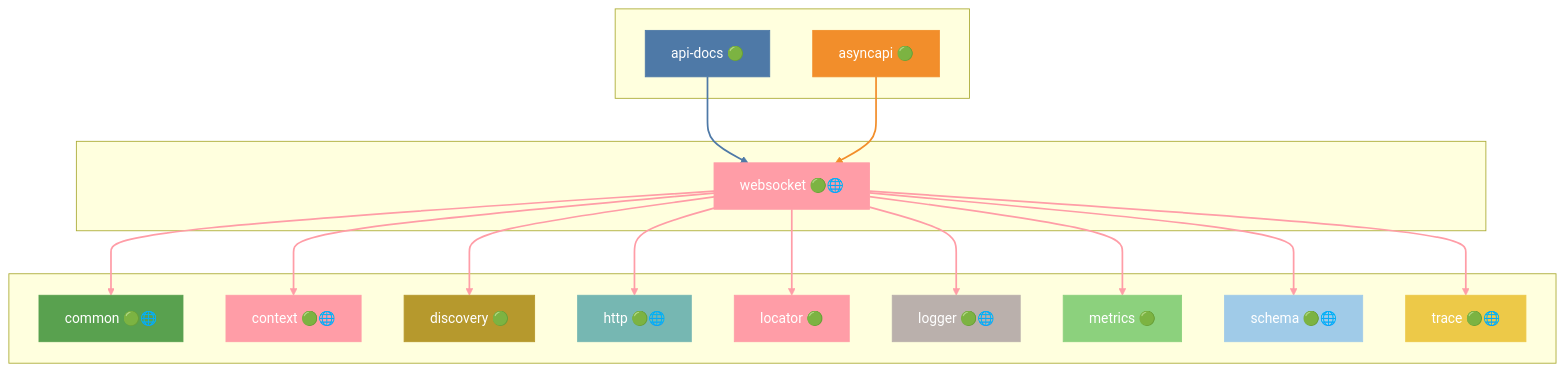
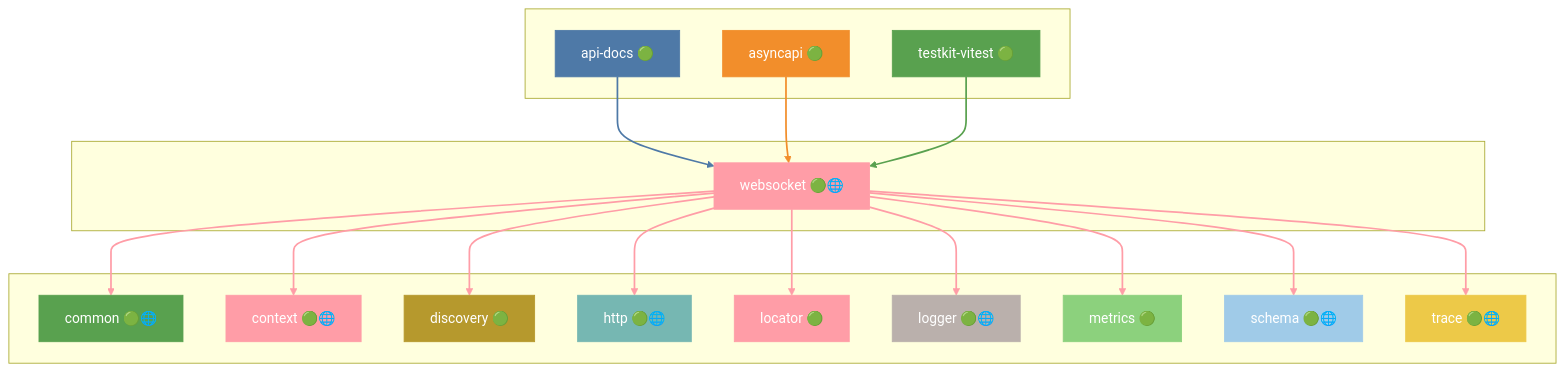
Diagram 45 of 45 in docs/DEPENDENCIES.md (grest-ts/grest-ts), drawn with Mermaid before and after one commit. The commit also changed other lines of this file and 22 other files, not shown here.

````diff
--- a/docs/DEPENDENCIES.md
+++ b/docs/DEPENDENCIES.md
@@ -2043,55 +2147,59 @@
 ```mermaid
 flowchart TB
     subgraph Dependents[" "]
         api-docs["api-docs 🟢"]
         asyncapi["asyncapi 🟢"]
+        testkit-vitest["testkit-vitest 🟢"]
     end
     subgraph Package[" "]
         websocket["websocket 🟢🌐"]
     end
     subgraph Dependencies[" "]
         common["common 🟢🌐"]
         context["context 🟢🌐"]
         discovery["discovery 🟢"]
         http["http 🟢🌐"]
         locator["locator 🟢"]
         logger["logger 🟢🌐"]
         metrics["metrics 🟢"]
         schema["schema 🟢🌐"]
         trace["trace 🟢🌐"]
     end
     api-docs --> websocket
     asyncapi --> websocket
+    testkit-vitest --> websocket
     websocket --> common
     websocket --> context
     websocket --> discovery
     websocket --> http
     websocket --> locator
     websocket --> logger
     websocket --> metrics
     websocket --> schema
     websocket --> trace
     style websocket fill:#FF9DA7,stroke:#FF9DA7,color:#fff
     style api-docs fill:#4E79A7,stroke:#4E79A7,color:#fff
     style asyncapi fill:#F28E2B,stroke:#F28E2B,color:#fff
+    style testkit-vitest fill:#59A14F,stroke:#59A14F,color:#fff
     style common fill:#59A14F,stroke:#59A14F,color:#fff
     style context fill:#FF9DA7,stroke:#FF9DA7,color:#fff
     style discovery fill:#B6992D,stroke:#B6992D,color:#fff
     style http fill:#76B7B2,stroke:#76B7B2,color:#fff
     style locator fill:#FF9DA7,stroke:#FF9DA7,color:#fff
     style logger fill:#BAB0AC,stroke:#BAB0AC,color:#fff
     style metrics fill:#8CD17D,stroke:#8CD17D,color:#fff
     style schema fill:#A0CBE8,stroke:#A0CBE8,color:#fff
     style trace fill:#EDC948,stroke:#EDC948,color:#fff
     linkStyle 0 stroke:#4E79A7,stroke-width:2px
     linkStyle 1 stroke:#F28E2B,stroke-width:2px
-    linkStyle 2 stroke:#FF9DA7,stroke-width:2px
+    linkStyle 2 stroke:#59A14F,stroke-width:2px
     linkStyle 3 stroke:#FF9DA7,stroke-width:2px
     linkStyle 4 stroke:#FF9DA7,stroke-width:2px
     linkStyle 5 stroke:#FF9DA7,stroke-width:2px
     linkStyle 6 stroke:#FF9DA7,stroke-width:2px
     linkStyle 7 stroke:#FF9DA7,stroke-width:2px
     linkStyle 8 stroke:#FF9DA7,stroke-width:2px
     linkStyle 9 stroke:#FF9DA7,stroke-width:2px
     linkStyle 10 stroke:#FF9DA7,stroke-width:2px
+    linkStyle 11 stroke:#FF9DA7,stroke-width:2px
 ```
````
